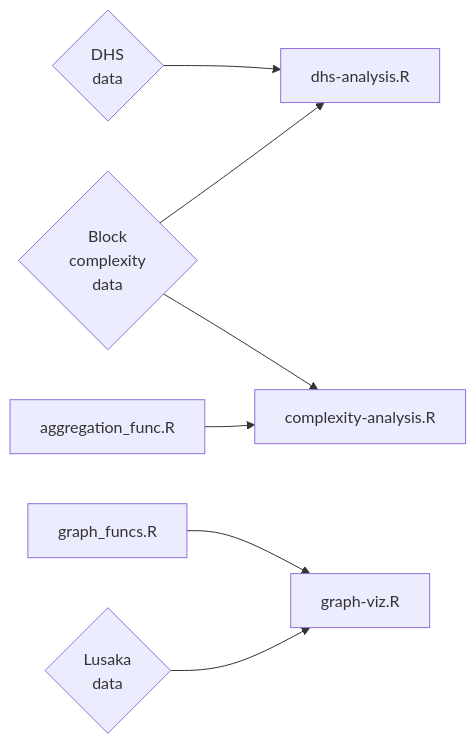
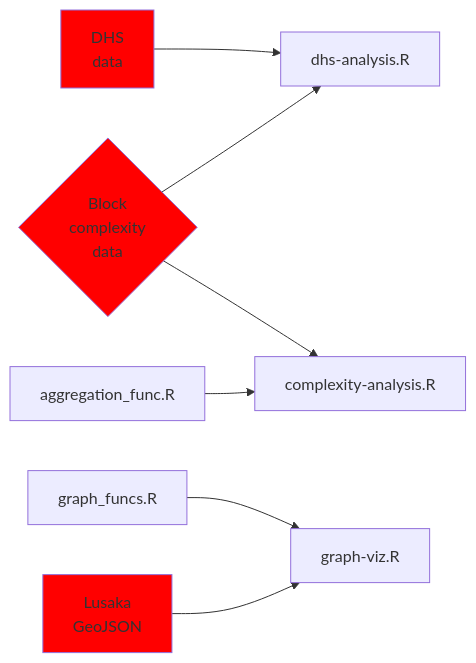
Before and after one commit to mansueto-institute/kblock-analysis: the diagram in ReadMe.md, drawn with Mermaid.

````diff
--- a/ReadMe.md
+++ b/ReadMe.md
@@ -22,10 +22,14 @@
 ```mermaid
 graph LR
-G{DHS<br>data} --> C
+G[DHS<br>data] --> C
 A{Block<br>complexity<br>data} --> B[complexity-analysis.R]
 E[aggregation_func.R] --> B
 A --> C[dhs-analysis.R]
 
 F[graph_funcs.R] --> D[graph-viz.R]
-J{Lusaka<br>data} --> D
+J[Lusaka<br>GeoJSON] --> D
+
+style A fill:#FF0000
+style G fill:#FF0000
+style J fill:#FF0000
 ```
````
